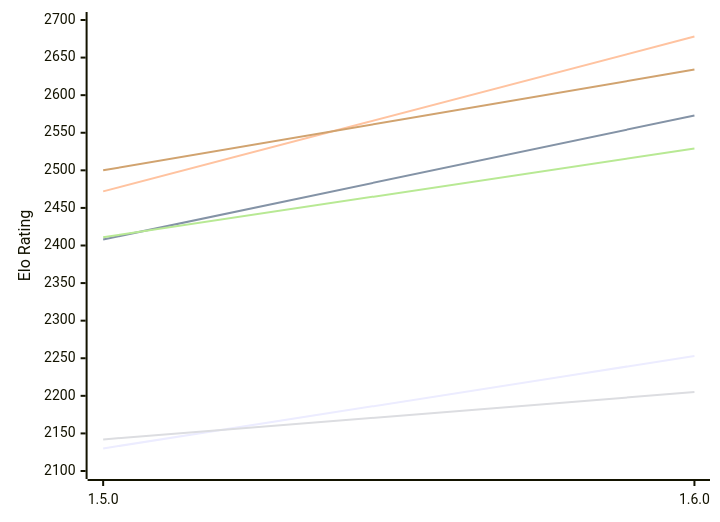
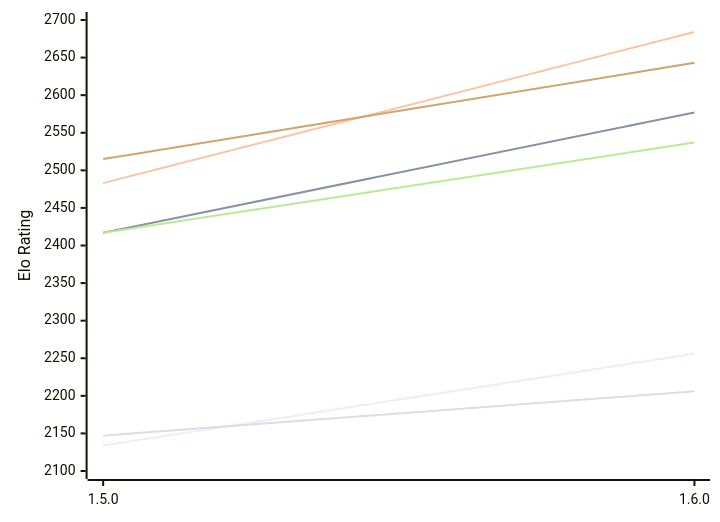
Before and after one commit to computer-chess-index/cci: the first of 2 diagrams in engines/Tofiks.md, drawn with Mermaid. The commit also changed other lines of this file, not shown here.

Commit message:
Update CCI Ratings (ELO VLTC) - 2026-11-16

````diff
--- a/engines/Tofiks.md
+++ b/engines/Tofiks.md
@@ -51,12 +51,12 @@
 ```mermaid
 %%{init: {"theme":"base","themeVariables":{"seriesColors:['#a3a3a3','#222221','#faa371']}}}%%
 xychart-beta
   x-axis ["1.5.0", "1.6.0"]
   y-axis "Elo Rating" 2100 --> 2700
-  line "E1: STC (8.0+0.08s)" [2130, 2253]
-  line "E1: LTC (60.0+0.60s)" [2408, 2573]
-  line "E1: VLTC (2m24s+1.12s)" [2472, 2678]
-  line "P1: STC (8.0+0.08s)" [2142, 2205]
-  line "P1: LTC (60.0+0.60s)" [2411, 2529]
-  line "P1: VLTC (2m24s+1.12s)" [2500, 2634]
+  line "E1: STC (8.0+0.08s)" [2134, 2256]
+  line "E1: LTC (60.0+0.60s)" [2417, 2577]
+  line "E1: VLTC (2m24s+1.12s)" [2483, 2684]
+  line "P1: STC (8.0+0.08s)" [2147, 2206]
+  line "P1: LTC (60.0+0.60s)" [2417, 2537]
+  line "P1: VLTC (2m24s+1.12s)" [2515, 2643]
 ```
````
